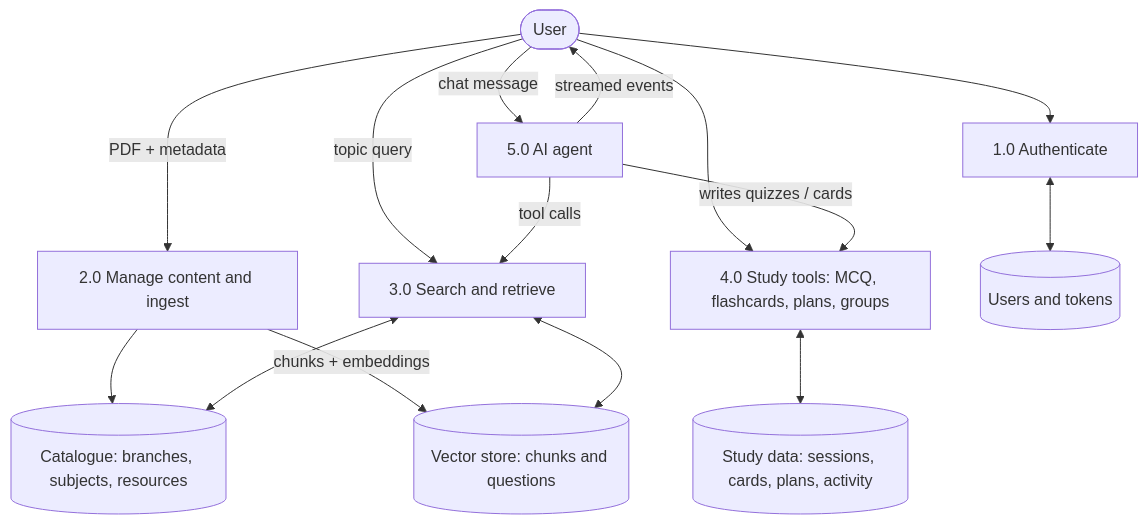
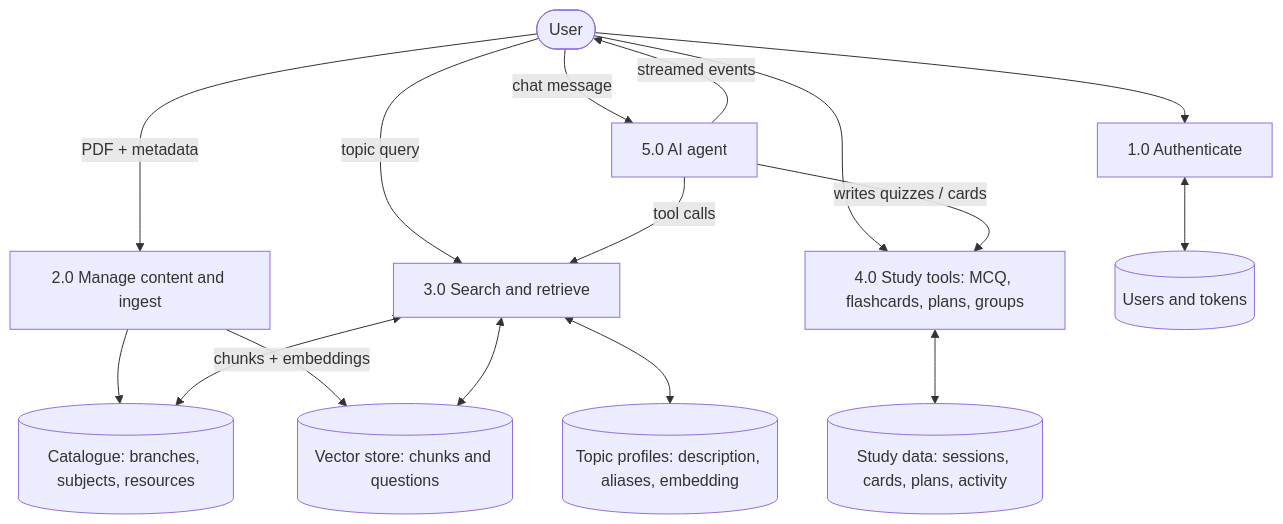
The third of 13 diagrams in README.md (nemida/CampusBrain), drawn with Mermaid before and after one commit. The commit also changed other lines of this file and 11 other files, not shown here.

````diff
--- a/README.md
+++ b/README.md
@@ -178,27 +183,29 @@
 ```mermaid
 flowchart TB
     U(["User"])
 
     P1["1.0 Authenticate"]
     P2["2.0 Manage content and ingest"]
     P3["3.0 Search and retrieve"]
     P4["4.0 Study tools: MCQ, flashcards, plans, groups"]
     P5["5.0 AI agent"]
 
     D1[("Users and tokens")]
     D2[("Catalogue: branches, subjects, resources")]
     D3[("Vector store: chunks and questions")]
     D4[("Study data: sessions, cards, plans, activity")]
+    D5[("Topic profiles: description, aliases, embedding")]
 
     U --> P1 <--> D1
     U -- "PDF + metadata" --> P2 --> D2
     P2 -- "chunks + embeddings" --> D3
     U -- "topic query" --> P3
     P3 <--> D3
     P3 <--> D2
+    P3 <--> D5
     U --> P4 <--> D4
     U -- "chat message" --> P5
     P5 -- "tool calls" --> P3
     P5 -- "writes quizzes / cards" --> P4
     P5 -- "streamed events" --> U
 ```
````
